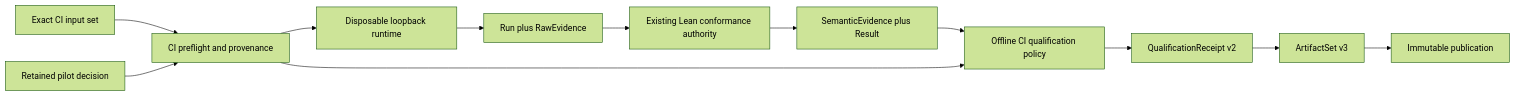
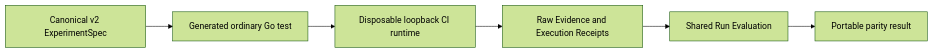
Before and after one commit to stephanos/temporal: the diagram in .flow/specs/fn-27-hermetic-ci-execution-and-qualification.md, drawn with Mermaid (forest theme). The commit also changed other lines of this file and 277 other files, not shown here.

````diff
--- a/.flow/specs/fn-27-hermetic-ci-execution-and-qualification.md
+++ b/.flow/specs/fn-27-hermetic-ci-execution-and-qualification.md
@@ -27,14 +13,8 @@
 ```mermaid
 flowchart LR
-  I[Exact CI input set] --> P[CI preflight and provenance]
-  D[Retained pilot decision] --> P
-  P --> R[Disposable loopback runtime]
-  R --> E[Run plus RawEvidence]
-  E --> C[Existing Lean conformance authority]
-  C --> S[SemanticEvidence plus Result]
-  S --> Q[Offline CI qualification policy]
-  P --> Q
-  Q --> A[QualificationReceipt v2]
-  A --> V[ArtifactSet v3]
-  V --> U[Immutable publication]
+  A[Canonical v2 ExperimentSpec] --> B[Generated ordinary Go test]
+  B --> C[Disposable loopback CI runtime]
+  C --> D[Raw Evidence and Execution Receipts]
+  D --> E[Shared Run Evaluation]
+  E --> F[Portable parity result]
 ```
````
